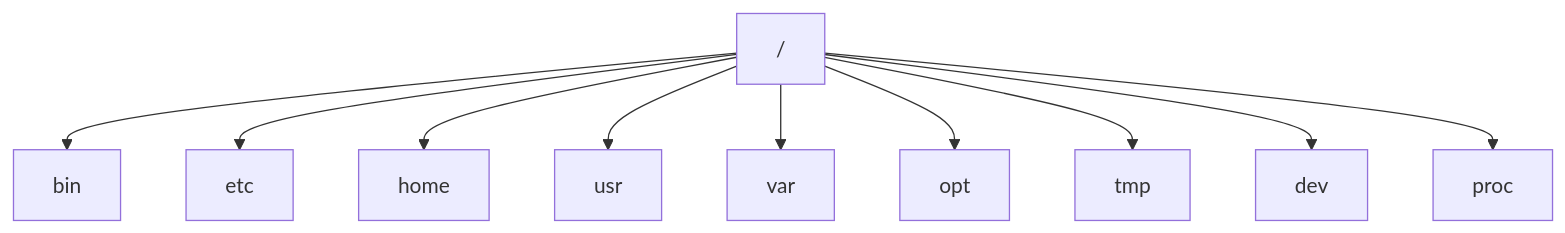
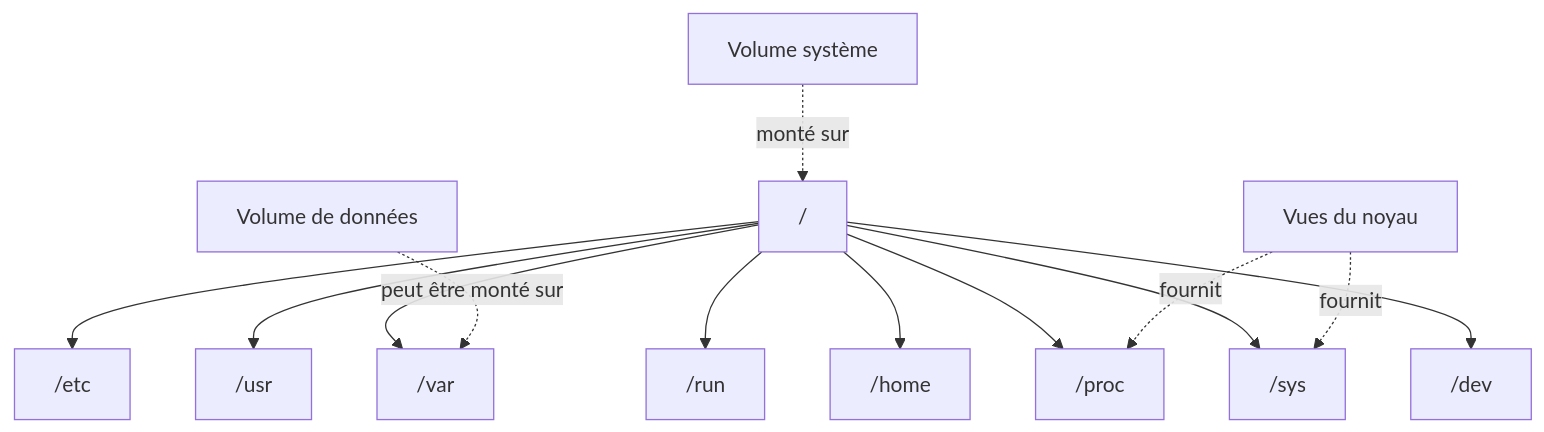
One commit to tdelaclos/formations changed the first of 5 diagrams in campagne 1/1.6-architecture-systemes-fichiers.md. Above: the diagram before and after it, drawn with Mermaid. The commit also changed other lines of this file and 10 other files, not shown here.

````diff
--- a/campagne 1/1.6-architecture-systemes-fichiers.md
+++ b/campagne 1/1.6-architecture-systemes-fichiers.md
@@ -100,23 +46,15 @@
 ```mermaid
-flowchart TD
-
-A["/"]
-
-A --> B["bin"]
-
-A --> C["etc"]
-
-A --> D["home"]
-
-A --> E["usr"]
-
-A --> F["var"]
-
-A --> G["opt"]
-
-A --> H["tmp"]
-
-A --> I["dev"]
-
-A --> J["proc"]
+flowchart TB
+    Root["/"] --> Etc["/etc"]
+    Root --> Usr["/usr"]
+    Root --> Var["/var"]
+    Root --> Run["/run"]
+    Root --> Home["/home"]
+    Root --> Proc["/proc"]
+    Root --> Sys["/sys"]
+    Root --> Dev["/dev"]
+    Disk1["Volume système"] -. monté sur .-> Root
+    Disk2["Volume de données"] -. peut être monté sur .-> Var
+    Kernel["Vues du noyau"] -. fournit .-> Proc
+    Kernel -. fournit .-> Sys
 ```
````
